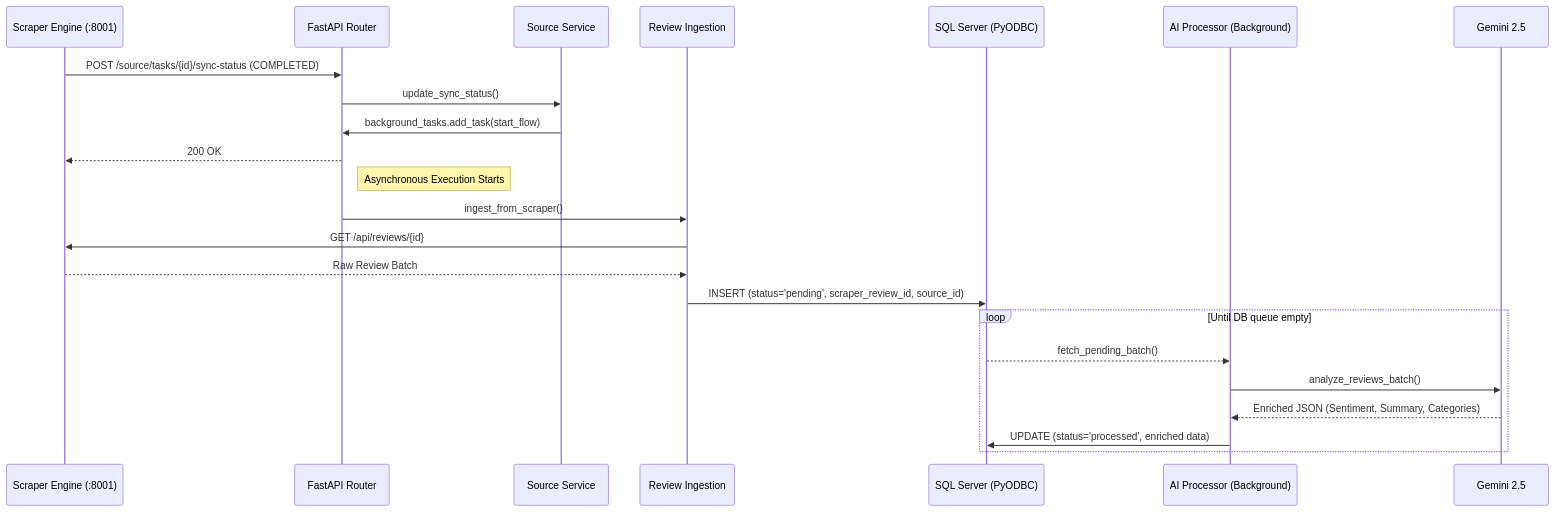
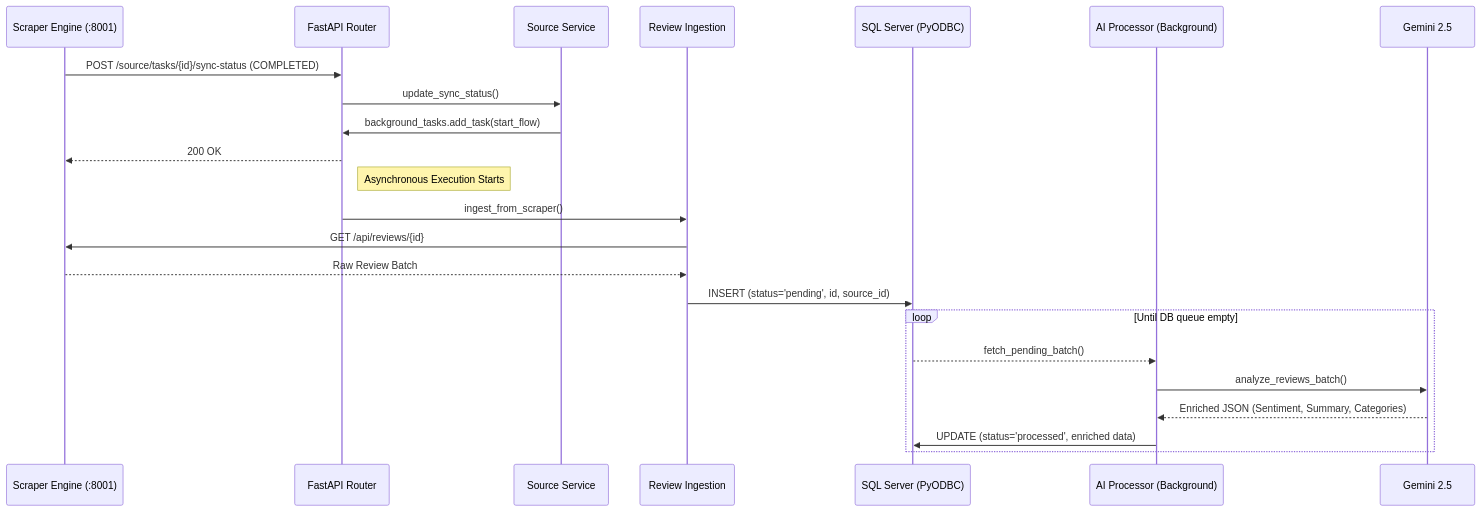
The diagram in backend/docs/about.md (Rzmy7/hotel-and-restaurant-review-management-system), drawn with Mermaid before and after one commit. The commit also changed other lines of this file and 4 other files, not shown here.

````diff
--- a/backend/docs/about.md
+++ b/backend/docs/about.md
@@ -43,26 +43,26 @@
 ```mermaid
 sequenceDiagram
     participant S as Scraper Engine (:8001)
     participant API as FastAPI Router
     participant SS as Source Service
     participant RP as Review Ingestion
     participant DB as SQL Server (PyODBC)
     participant BP as AI Processor (Background)
     participant AI as Gemini 2.5
 
     S->>API: POST /source/tasks/{id}/sync-status (COMPLETED)
     API->>SS: update_sync_status()
     SS->>API: background_tasks.add_task(start_flow)
     API-->>S: 200 OK
     Note right of API: Asynchronous Execution Starts
     API->>RP: ingest_from_scraper()
     RP->>S: GET /api/reviews/{id}
     S-->>RP: Raw Review Batch
-    RP->>DB: INSERT (status='pending', scraper_review_id, source_id)
+    RP->>DB: INSERT (status='pending', id, source_id)
     loop Until DB queue empty
         DB-->>BP: fetch_pending_batch()
         BP->>AI: analyze_reviews_batch()
         AI-->>BP: Enriched JSON (Sentiment, Summary, Categories)
         BP->>DB: UPDATE (status='processed', enriched data)
     end
 ```
````
